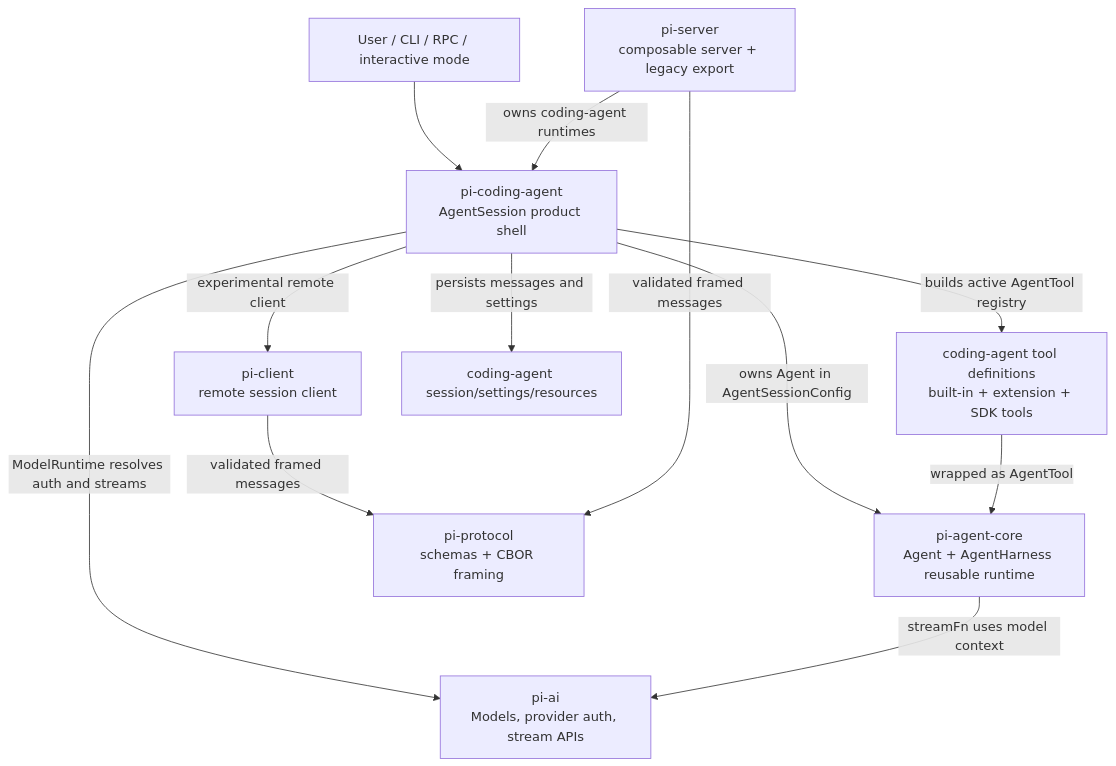
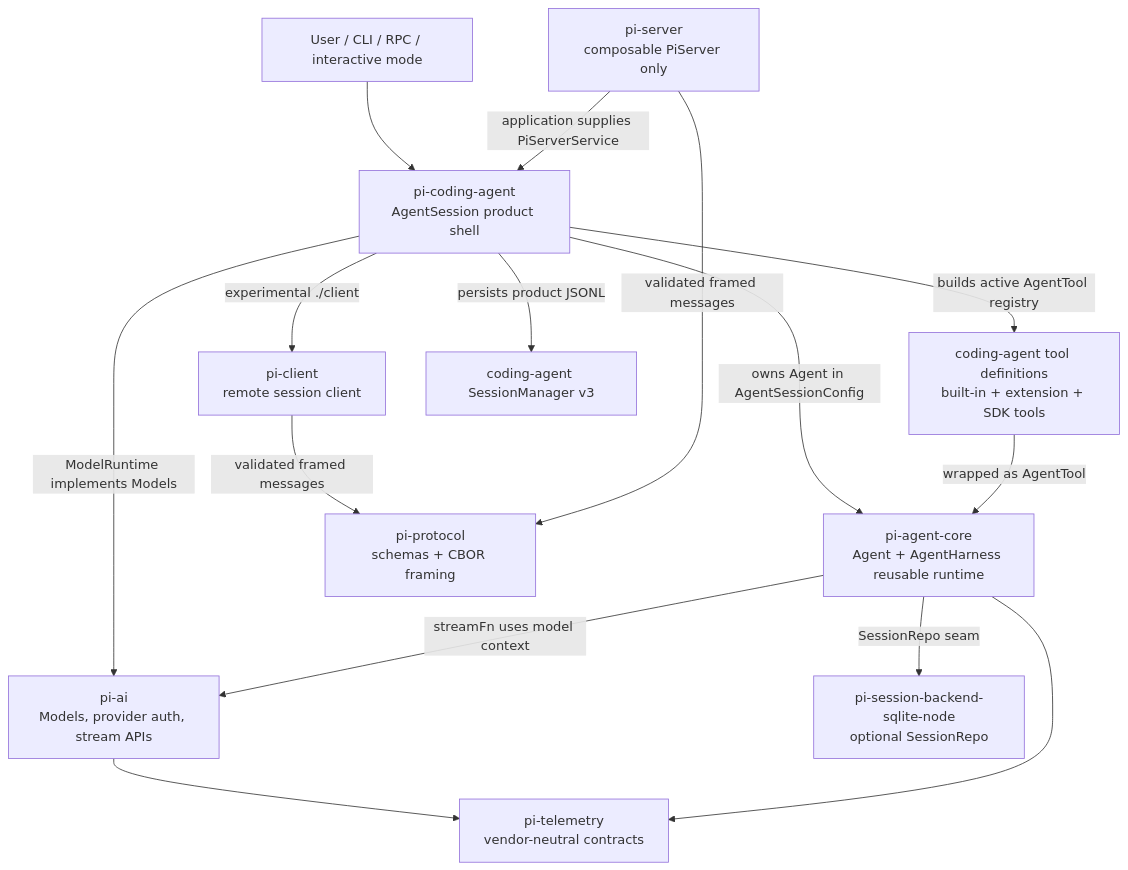
One commit to wdnmdtonyma/SOTA-Agent-LLM-Wiki changed the diagram in docs/llm-wiki/pi/spine/layered-architecture.md. Above: the diagram before and after it, drawn with Mermaid. The commit also changed other lines of this file and 236 other files, not shown here.

````diff
--- a/docs/llm-wiki/pi/spine/layered-architecture.md
+++ b/docs/llm-wiki/pi/spine/layered-architecture.md
@@ -19,24 +67,29 @@
 ```mermaid
 flowchart TD
   User["User / CLI / RPC / interactive mode"]
   Coding["pi-coding-agent<br/>AgentSession product shell"]
   Core["pi-agent-core<br/>Agent + AgentHarness reusable runtime"]
   AI["pi-ai<br/>Models, provider auth, stream APIs"]
+  Telemetry["pi-telemetry<br/>vendor-neutral contracts"]
   Protocol["pi-protocol<br/>schemas + CBOR framing"]
   Client["pi-client<br/>remote session client"]
-  Server["pi-server<br/>composable server + legacy export"]
+  Server["pi-server<br/>composable PiServer only"]
+  Backend["pi-session-backend-sqlite-node<br/>optional SessionRepo"]
   Tools["coding-agent tool definitions<br/>built-in + extension + SDK tools"]
-  Sessions["coding-agent session/settings/resources"]
+  Sessions["coding-agent SessionManager v3"]
 
   User --> Coding
   Coding -->|owns Agent in AgentSessionConfig| Core
-  Coding -->|ModelRuntime resolves auth and streams| AI
+  Coding -->|ModelRuntime implements Models| AI
   Coding -->|builds active AgentTool registry| Tools
-  Coding -->|persists messages and settings| Sessions
+  Coding -->|persists product JSONL| Sessions
   Core -->|streamFn uses model context| AI
   Tools -->|wrapped as AgentTool| Core
-  Coding -->|experimental remote client| Client
+  AI --> Telemetry
+  Core --> Telemetry
+  Core -->|SessionRepo seam| Backend
+  Coding -->|experimental ./client| Client
   Client -->|validated framed messages| Protocol
   Server -->|validated framed messages| Protocol
-  Server -->|owns coding-agent runtimes| Coding
+  Server -->|application supplies PiServerService| Coding
 ```
````
